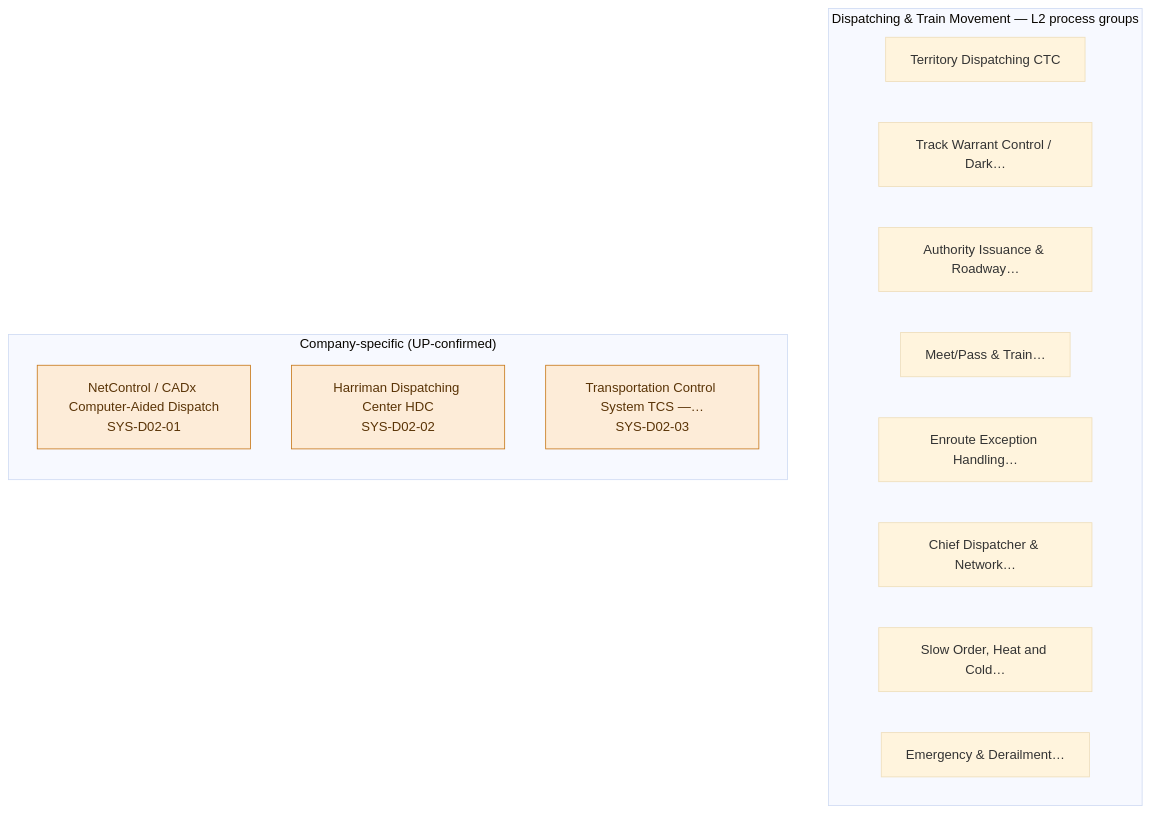
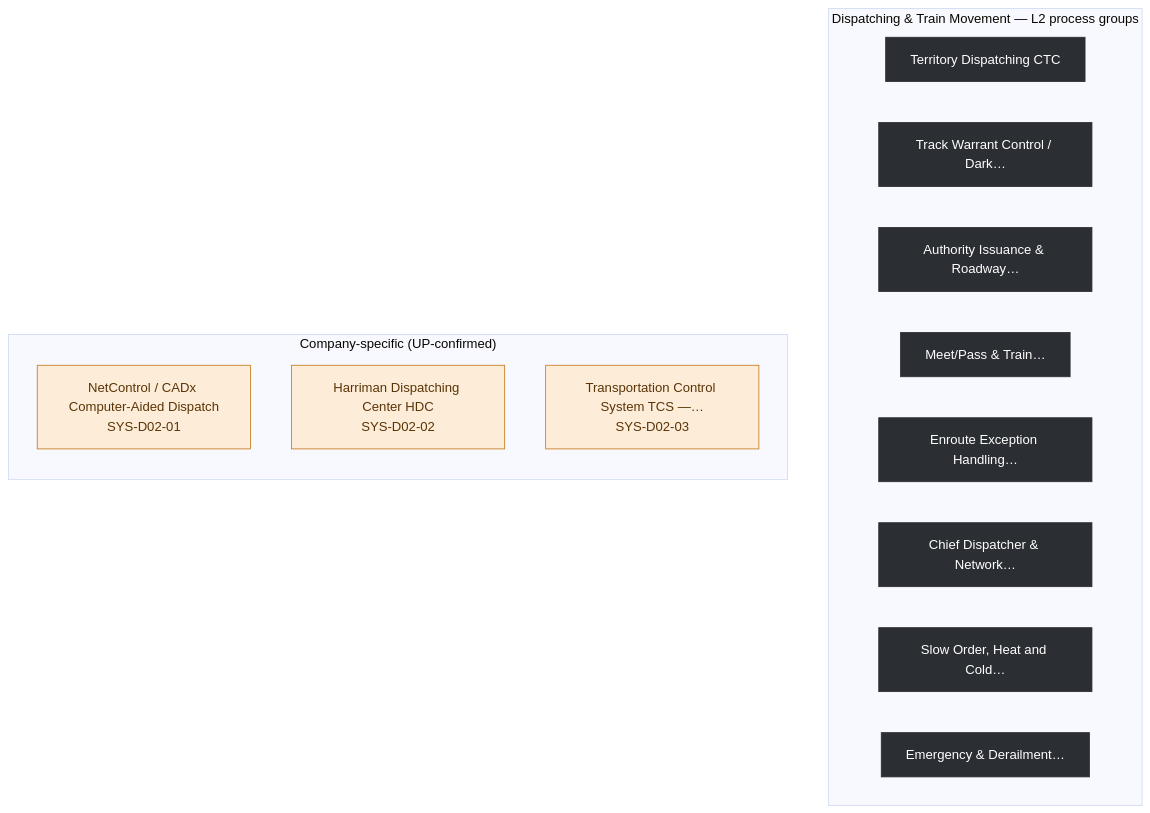
One commit to ghatk047/rail-wiki changed the diagram in ea-diagrams/rr-02-dispatching-train-movement.mmd. Above: the diagram before and after it, drawn with Mermaid. The commit also changed 474 other files, not shown here.

First line of the commit message:
Fix blurry lightbox zoom; add real usage connectors to EA diagrams

```diff
--- a/ea-diagrams/rr-02-dispatching-train-movement.mmd
+++ b/ea-diagrams/rr-02-dispatching-train-movement.mmd
@@ -1,26 +1,29 @@
 %%{init: {'flowchart': {'curve': 'basis'}, 'theme':'base'}}%%
 flowchart TB
 
   subgraph PROCS["Dispatching & Train Movement — L2 process groups"]
     direction LR
-    G1["Territory Dispatching CTC"]
-    G2["Track Warrant Control / Dark…"]
-    G3["Authority Issuance & Roadway…"]
-    G4["Meet/Pass & Train…"]
-    G5["Enroute Exception Handling…"]
-    G6["Chief Dispatcher & Network…"]
-    G7["Slow Order, Heat and Cold…"]
-    G8["Emergency & Derailment…"]
+    G1["Territory Dispatching CTC"]:::l2
+    G2["Track Warrant Control / Dark…"]:::l2
+    G3["Authority Issuance & Roadway…"]:::l2
+    G4["Meet/Pass & Train…"]:::l2
+    G5["Enroute Exception Handling…"]:::l2
+    G6["Chief Dispatcher & Network…"]:::l2
+    G7["Slow Order, Heat and Cold…"]:::l2
+    G8["Emergency & Derailment…"]:::l2
   end
 
   subgraph COMPANY["Company-specific (UP-confirmed)"]
     direction TB
     C1["NetControl / CADx Computer-Aided Dispatch\nSYS-D02-01"]:::company
     C2["Harriman Dispatching Center HDC\nSYS-D02-02"]:::company
     C3["Transportation Control System TCS —…\nSYS-D02-03"]:::company
   end
 
+  %% No generated process yet cites a system in this domain -- no usage edges to draw
+
+classDef l2 fill:#2b2e33,color:#fff,stroke:#2b2e33
 classDef company fill:#fdecd8,stroke:#c8791a,color:#5a3407
 classDef industry fill:#e6e9ec,stroke:#5c5f66,color:#2b2e33
 classDef other fill:#f2f2f0,stroke:#9a9da3,color:#3d4348
 classDef empty fill:#fff4e5,stroke:#c8791a,color:#5a3407,stroke-dasharray: 4 3
```
